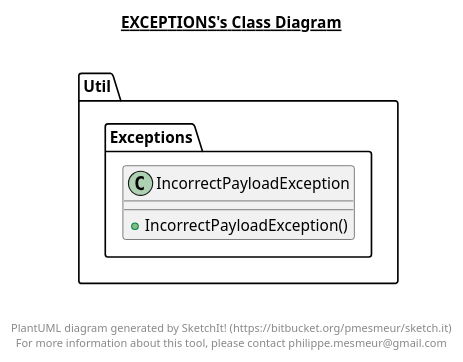
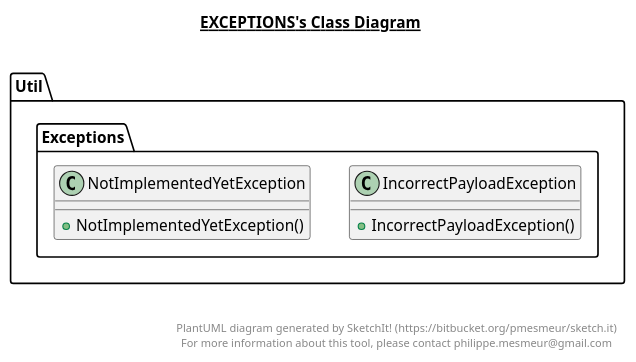
One commit to AidanJohnston/Omar changed the diagram in src/Util/Exceptions/Exceptions.puml. Above: the diagram before and after it, drawn with PlantUML. The commit also changed 6 other files, not shown here.

```diff
--- a/src/Util/Exceptions/Exceptions.puml
+++ b/src/Util/Exceptions/Exceptions.puml
@@ -1,23 +1,32 @@
 @startuml
 
 title __EXCEPTIONS's Class Diagram__\n
 
   namespace Util {
     namespace Exceptions {
       class Util.Exceptions.IncorrectPayloadException {
           + IncorrectPayloadException()
+      }
+    }
+  }
+  
+
+  namespace Util {
+    namespace Exceptions {
+      class Util.Exceptions.NotImplementedYetException {
+          + NotImplementedYetException()
       }
     }
   }
   
 
 
 
 right footer
 
 
 PlantUML diagram generated by SketchIt! (https://bitbucket.org/pmesmeur/sketch.it)
 For more information about this tool, please contact philippe.mesmeur@gmail.com
 endfooter
 
 @enduml
```
